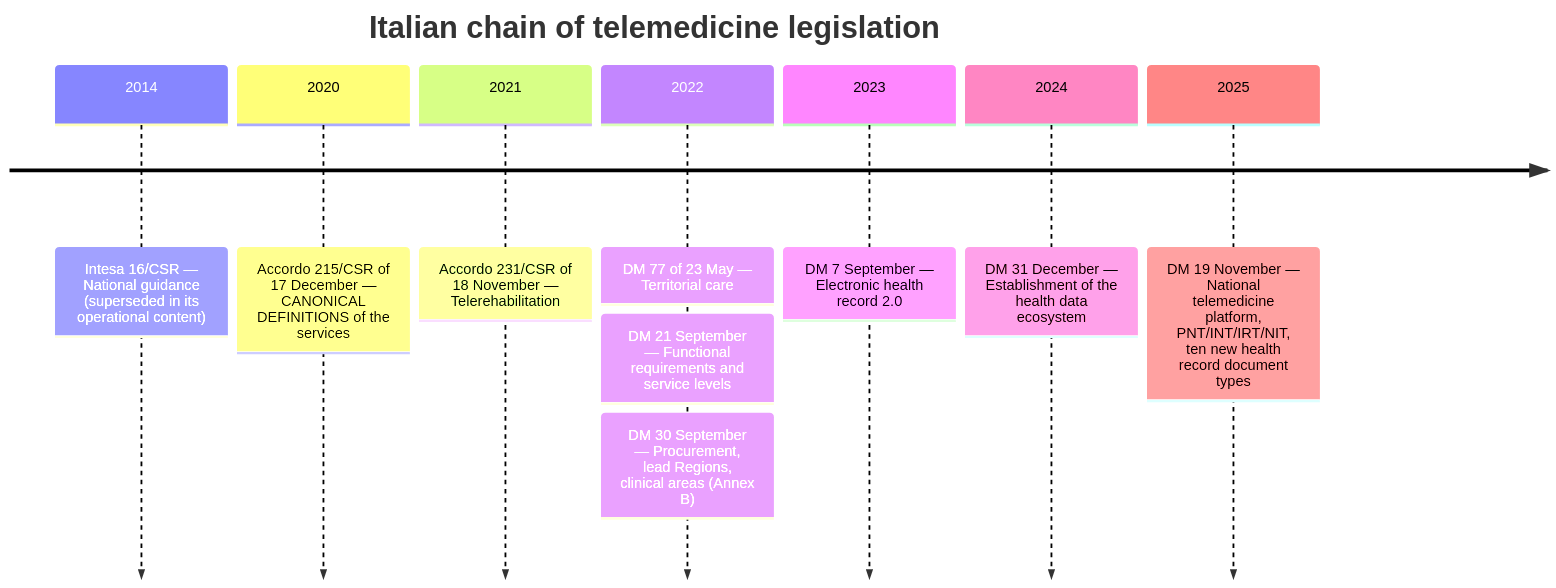
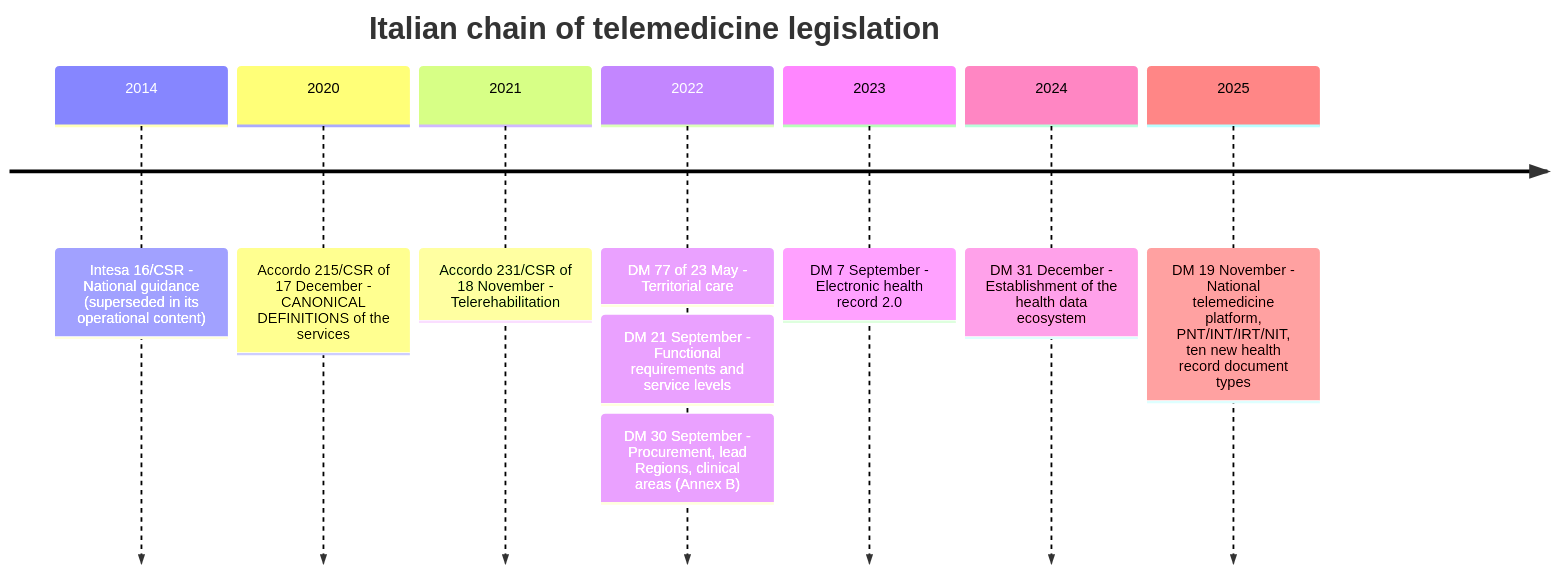
One commit to fedcal/Telemedic changed the first of 3 diagrams in website/i18n/en/docusaurus-plugin-content-docs/current/10_fondamenti/02-prestazioni-di-telemedicina.md. Above: the diagram before and after it, drawn with Mermaid. The commit also changed other lines of this file and 301 other files, not shown here.

````diff
--- a/website/i18n/en/docusaurus-plugin-content-docs/current/10_fondamenti/02-prestazioni-di-telemedicina.md
+++ b/website/i18n/en/docusaurus-plugin-content-docs/current/10_fondamenti/02-prestazioni-di-telemedicina.md
@@ -111,11 +111,11 @@
 ```mermaid
 timeline
     title Italian chain of telemedicine legislation
-    2014 : Intesa 16/CSR — National guidance (superseded in its operational content)
-    2020 : Accordo 215/CSR of 17 December — CANONICAL DEFINITIONS of the services
-    2021 : Accordo 231/CSR of 18 November — Telerehabilitation
-    2022 : DM 77 of 23 May — Territorial care : DM 21 September — Functional requirements and service levels : DM 30 September — Procurement, lead Regions, clinical areas (Annex B)
-    2023 : DM 7 September — Electronic health record 2.0
-    2024 : DM 31 December — Establishment of the health data ecosystem
-    2025 : DM 19 November — National telemedicine platform, PNT/INT/IRT/NIT, ten new health record document types
+    2014 : Intesa 16/CSR - National guidance (superseded in its operational content)
+    2020 : Accordo 215/CSR of 17 December - CANONICAL DEFINITIONS of the services
+    2021 : Accordo 231/CSR of 18 November - Telerehabilitation
+    2022 : DM 77 of 23 May - Territorial care : DM 21 September - Functional requirements and service levels : DM 30 September - Procurement, lead Regions, clinical areas (Annex B)
+    2023 : DM 7 September - Electronic health record 2.0
+    2024 : DM 31 December - Establishment of the health data ecosystem
+    2025 : DM 19 November - National telemedicine platform, PNT/INT/IRT/NIT, ten new health record document types
 ```
````
